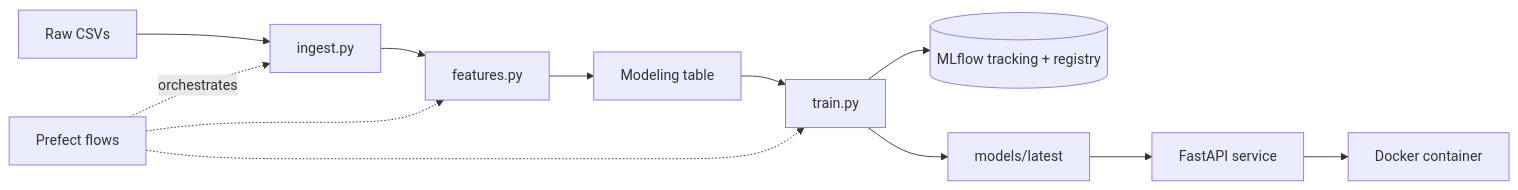
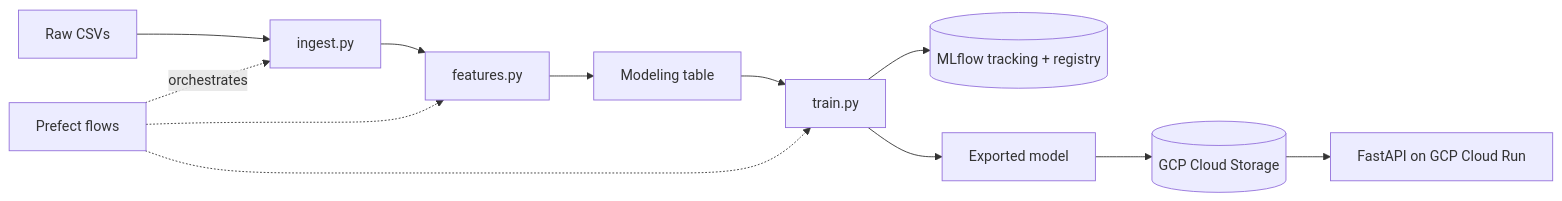
Before and after one commit to yessir-bacon/olist-return-mlops: the diagram in README.md, drawn with Mermaid. The commit also changed other lines of this file, not shown here.

Commit message:
Update README for Cloud Run deployment

````diff
--- a/README.md
+++ b/README.md
@@ -13,14 +16,14 @@
 ```mermaid
 flowchart LR
     A[Raw CSVs] --> B[ingest.py]
     B --> C[features.py]
     C --> D[Modeling table]
     D --> E[train.py]
     E --> F[(MLflow tracking + registry)]
-    E --> G[models/latest]
-    G --> H[FastAPI service]
-    H --> I[Docker container]
+    E --> G[Exported model]
+    G --> S[(GCP Cloud Storage)]
+    S --> H[FastAPI on GCP Cloud Run]
     P[Prefect flows] -.orchestrates.-> B
     P -.-> C
     P -.-> E
 ```
````
